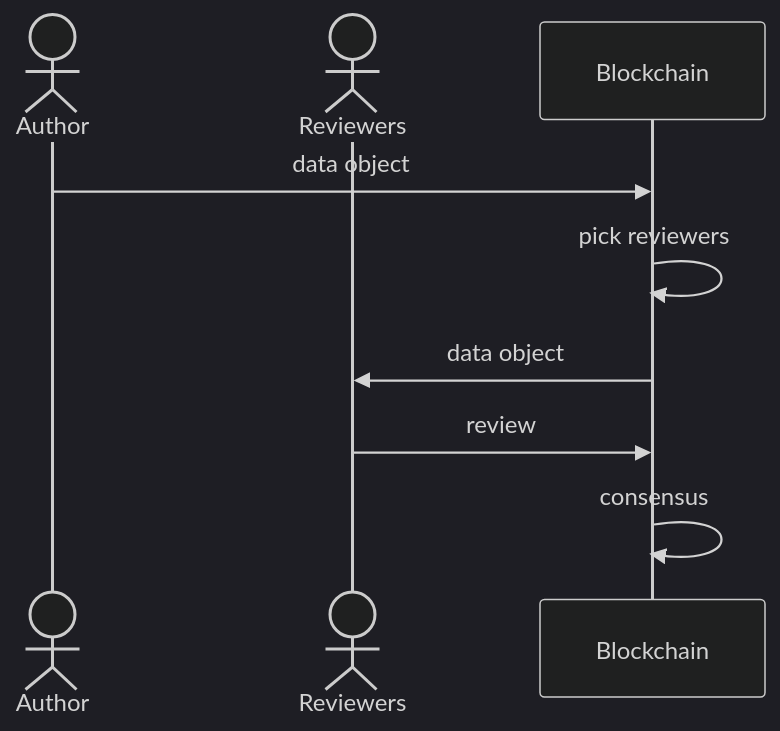
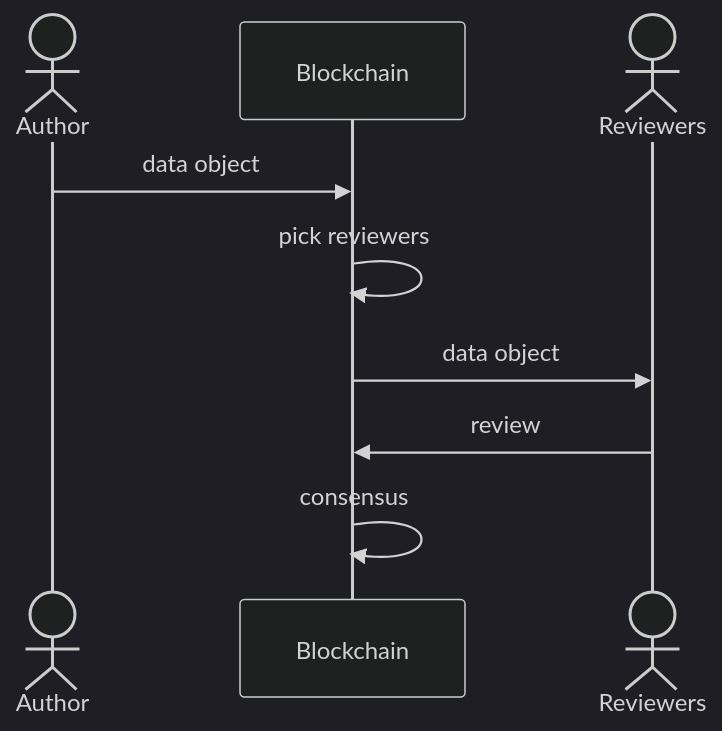
The diagram in visuals/ux.mmd (kirilligum/ethonline2023-goodprompt), drawn with Mermaid (dark theme) before and after one commit. The commit also changed other lines of this file and 1 other file, not shown here.

```diff
--- a/visuals/ux.mmd
+++ b/visuals/ux.mmd
@@ -1,9 +1,9 @@
 sequenceDiagram
   actor a as Author
+  participant b as Blockchain
   actor r as Reviewers
-  participant b as Blockchain
   a ->> b: data object
   b ->> b: pick reviewers
   b ->> r: data object
   r ->> b: review
   b ->> b: consensus
```
